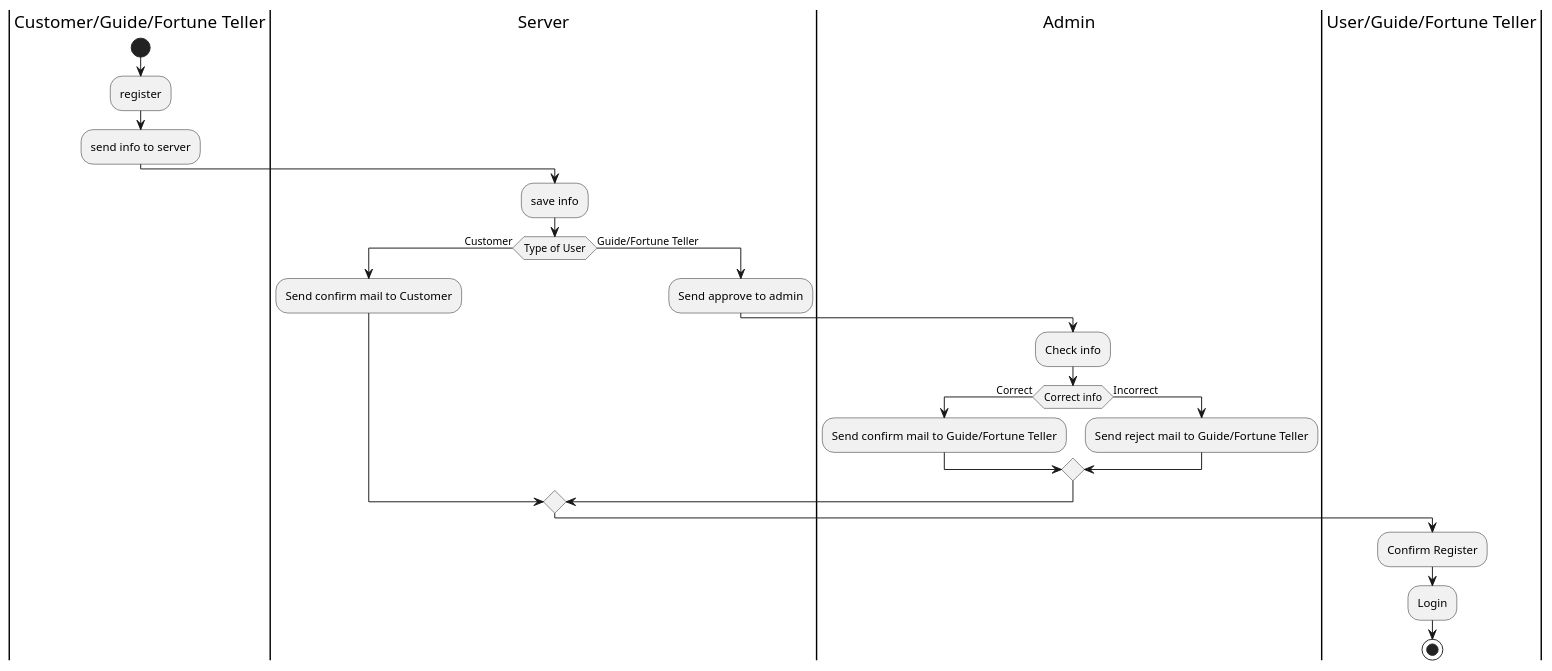
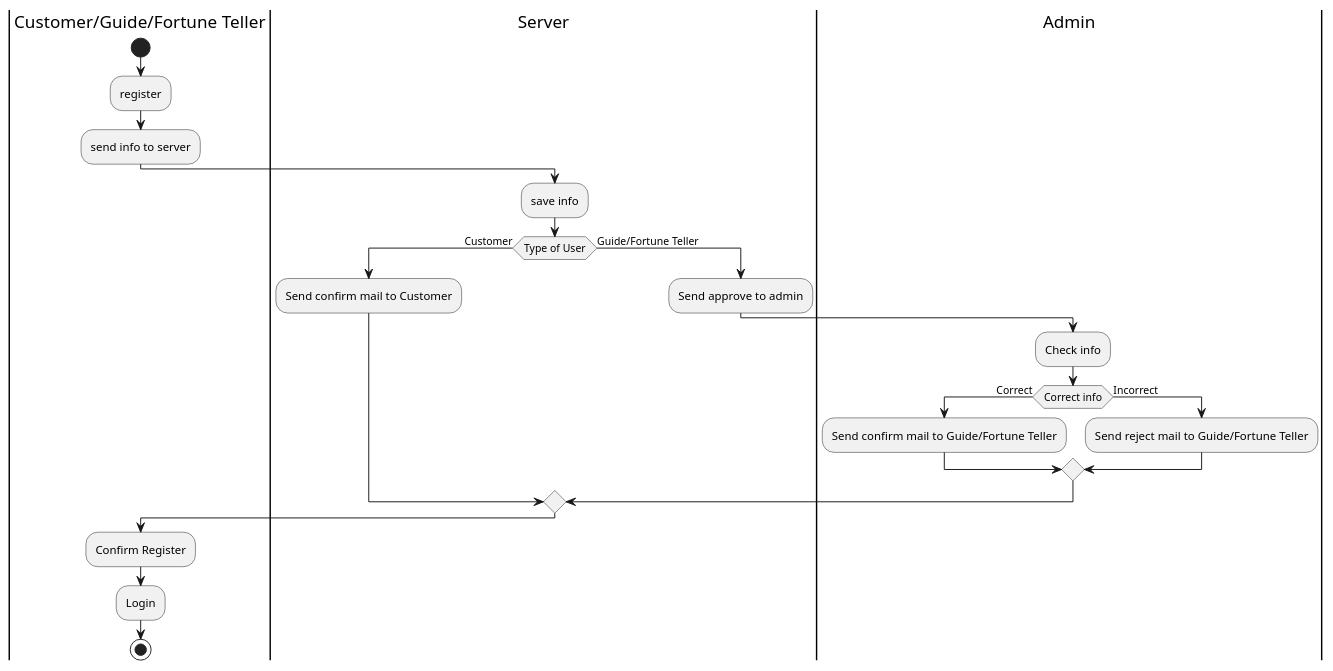
Before and after one commit to Nxwbtk/SA-Diagram: the first of 7 diagrams in activity-diagram.plantuml, drawn with PlantUML. The commit also changed 1 other file, not shown here.

```diff
--- a/activity-diagram.plantuml
+++ b/activity-diagram.plantuml
@@ -2,26 +2,26 @@
 @startuml
 |Customer/Guide/Fortune Teller|
 start
 :register;
 :send info to server;
 |Server|
 :save info;
 if (Type of User) is (Customer) then
 	:Send confirm mail to Customer;
 else (Guide/Fortune Teller)
 	|Server|
 	:Send approve to admin;
 	|Admin|
 	:Check info;
 	if (Correct info) is (Correct) then
 		:Send confirm mail to Guide/Fortune Teller;
 	else (Incorrect)
 		:Send reject mail to Guide/Fortune Teller;
 	endif
 endif
-|User/Guide/Fortune Teller|
+|Customer/Guide/Fortune Teller|
 :Confirm Register;
 :Login;
 stop
 
 @enduml
```
